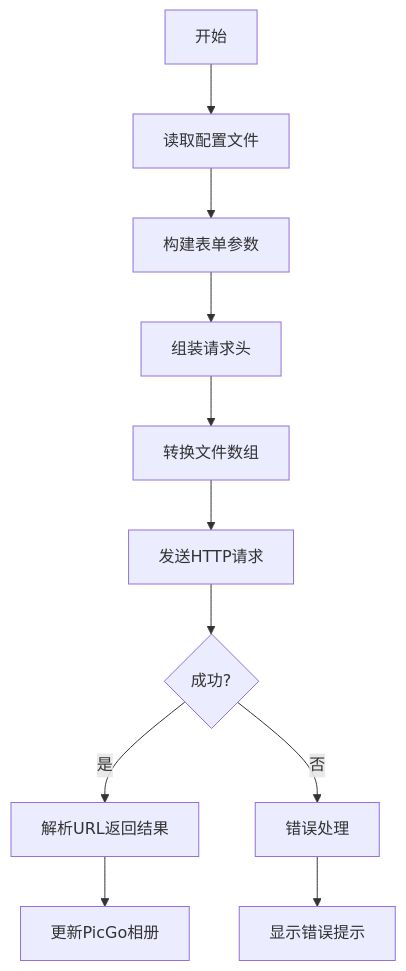
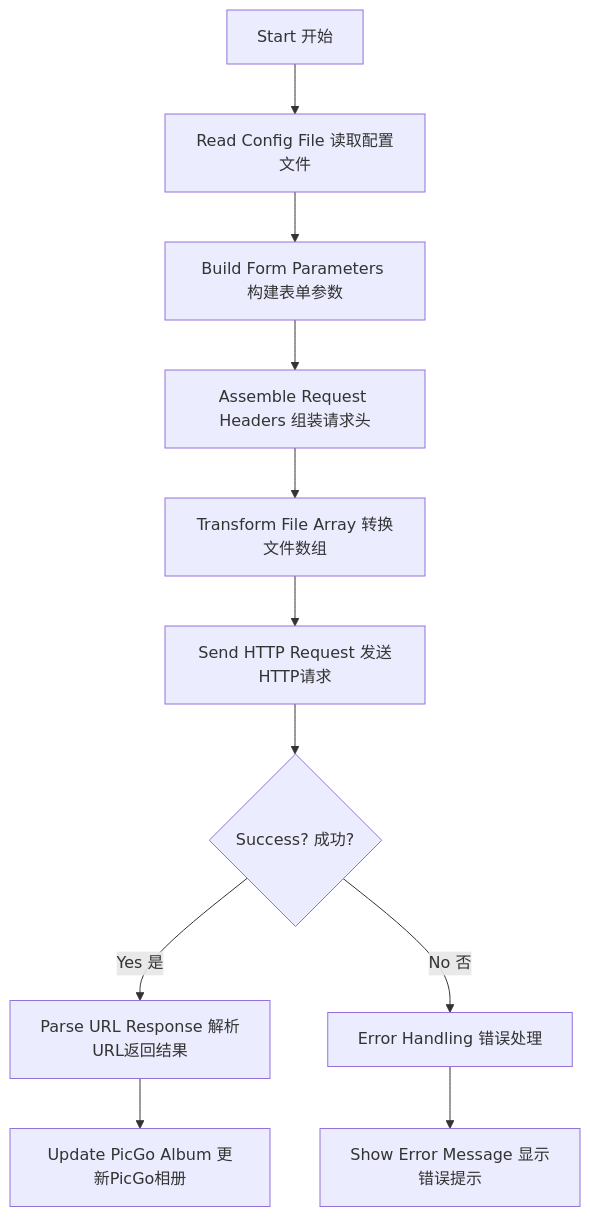
One commit to iWangJiaxiang/picgo-plugin-imageflow changed the diagram in readme.md. Above: the diagram before and after it, drawn with Mermaid. The commit also changed other lines of this file and 2 other files, not shown here.

````diff
--- a/readme.md
+++ b/readme.md
@@ -40,13 +50,13 @@
 ```mermaid
 graph TD
-    A[开始] --> B[读取配置文件]
-    B --> C[构建表单参数]
-    C --> D[组装请求头]
-    D --> E[转换文件数组]
-    E --> F[发送HTTP请求]
-    F --> G{成功?}
-    G -- 是 --> H[解析URL返回结果]
-    G -- 否 --> I[错误处理]
-    H --> J[更新PicGo相册]
-    I --> K[显示错误提示]
+    A[Start 开始] --> B[Read Config File 读取配置文件]
+    B --> C[Build Form Parameters 构建表单参数]
+    C --> D[Assemble Request Headers 组装请求头]
+    D --> E[Transform File Array 转换文件数组]
+    E --> F[Send HTTP Request 发送HTTP请求]
+    F --> G{Success? 成功?}
+    G -- Yes 是 --> H[Parse URL Response 解析URL返回结果]
+    G -- No 否 --> I[Error Handling 错误处理]
+    H --> J[Update PicGo Album 更新PicGo相册]
+    I --> K[Show Error Message 显示错误提示]
 ```
````
